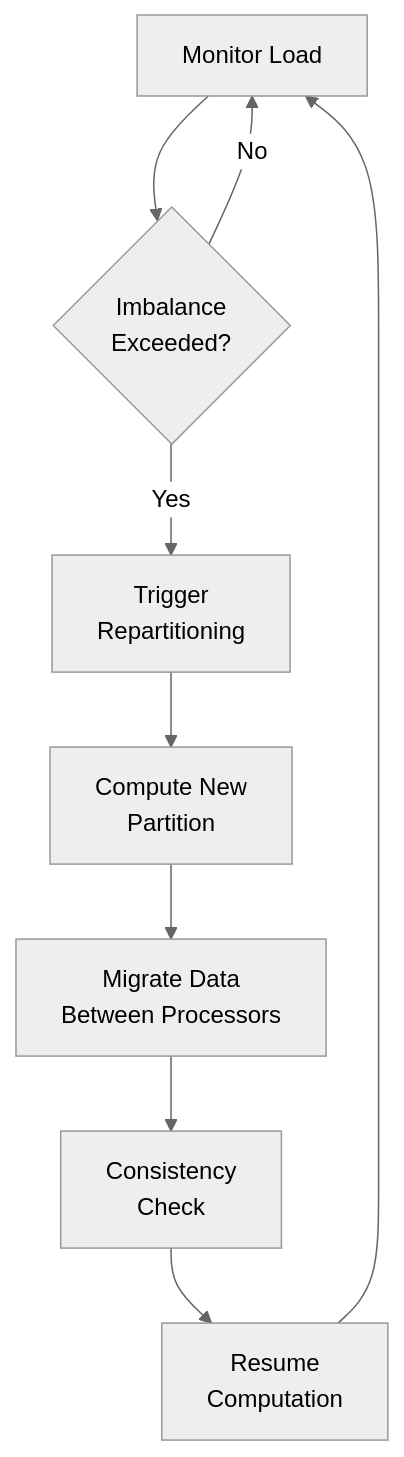
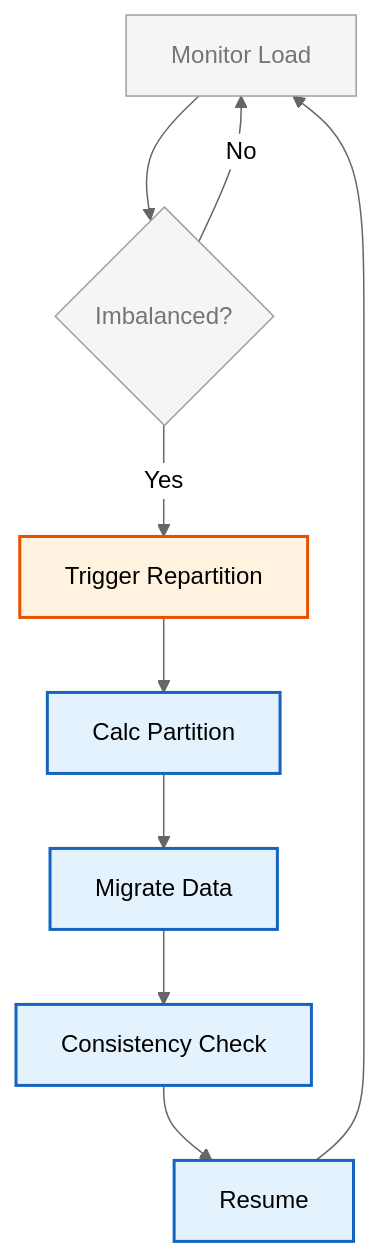
One commit to wramet/build-my-cfd changed the third of 4 diagrams in MODULE_03_SINGLE_PHASE_FLOW/CONTENT/07_ADVANCED_TOPICS/01_High_Performance_Computing.md. Above: the diagram before and after it, drawn with Mermaid (neutral theme). The commit also changed other lines of this file and 313 other files, not shown here.

Commit message:
Revise all diagram

````diff
--- a/MODULE_03_SINGLE_PHASE_FLOW/CONTENT/07_ADVANCED_TOPICS/01_High_Performance_Computing.md
+++ b/MODULE_03_SINGLE_PHASE_FLOW/CONTENT/07_ADVANCED_TOPICS/01_High_Performance_Computing.md
@@ -429,11 +437,16 @@
 ```mermaid
 flowchart TD
-    A[Monitor Load] --> B{Imbalance<br/>Exceeded?}
-    B -->|No| A
-    B -->|Yes| C[Trigger<br/>Repartitioning]
-    C --> D[Compute New<br/>Partition]
-    D --> E[Migrate Data<br/>Between Processors]
-    E --> F[Consistency<br/>Check]
-    F --> G[Resume<br/>Computation]
-    G --> A
+%% Classes
+classDef explicit fill:#fff3e0,stroke:#e65100,stroke-width:2px;
+classDef implicit fill:#e3f2fd,stroke:#1565c0,stroke-width:2px;
+classDef context fill:#f5f5f5,stroke:#9e9e9e,stroke-width:1px,color:#757575;
+%% Nodes
+A[Monitor Load]:::context --> B{Imbalanced?}:::context
+B -->|No| A
+B -->|Yes| C[Trigger Repartition]:::explicit
+C --> D[Calc Partition]:::implicit
+D --> E[Migrate Data]:::implicit
+E --> F[Consistency Check]:::implicit
+F --> G[Resume]:::implicit
+G --> A
 ```
````
